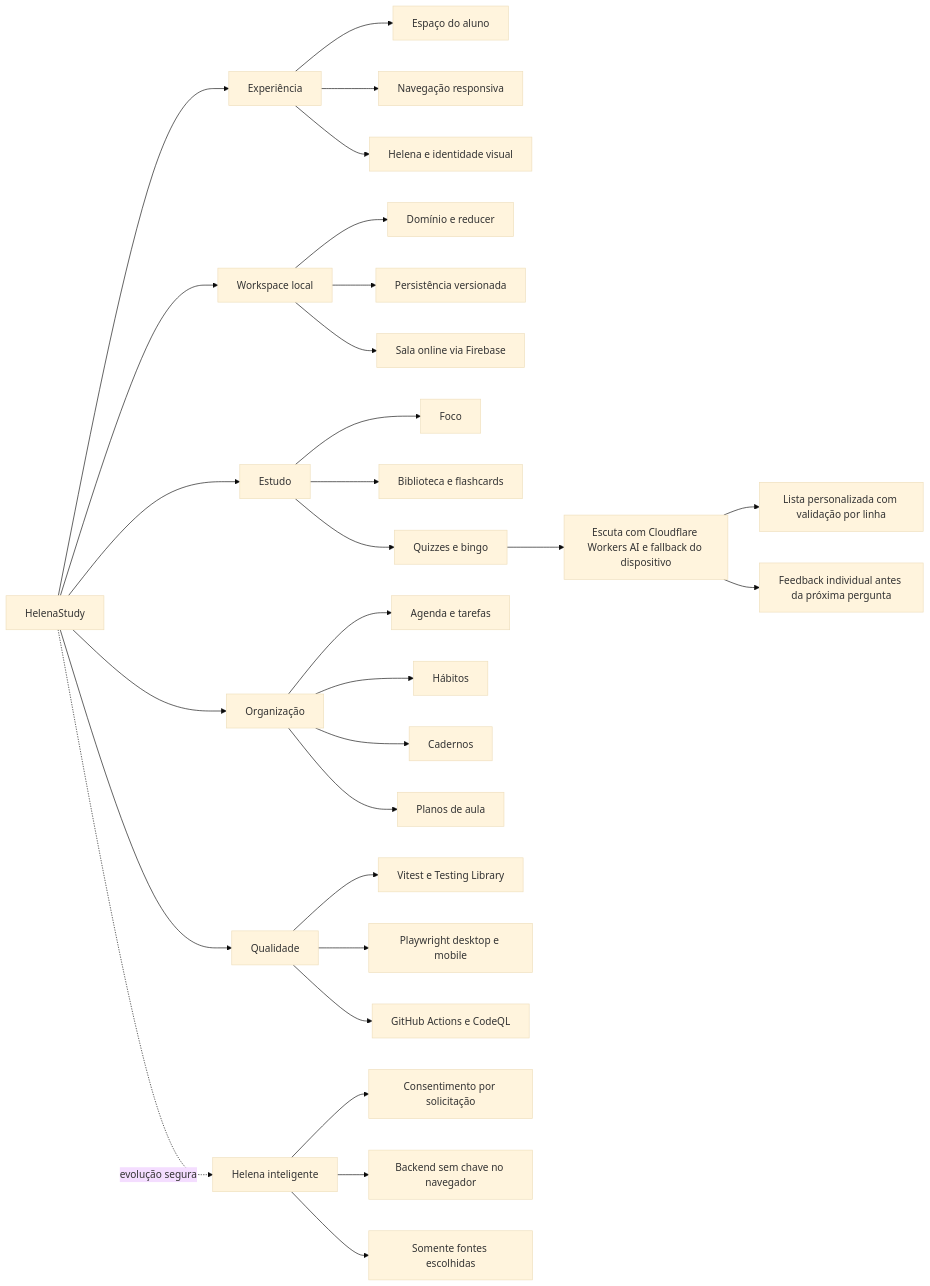
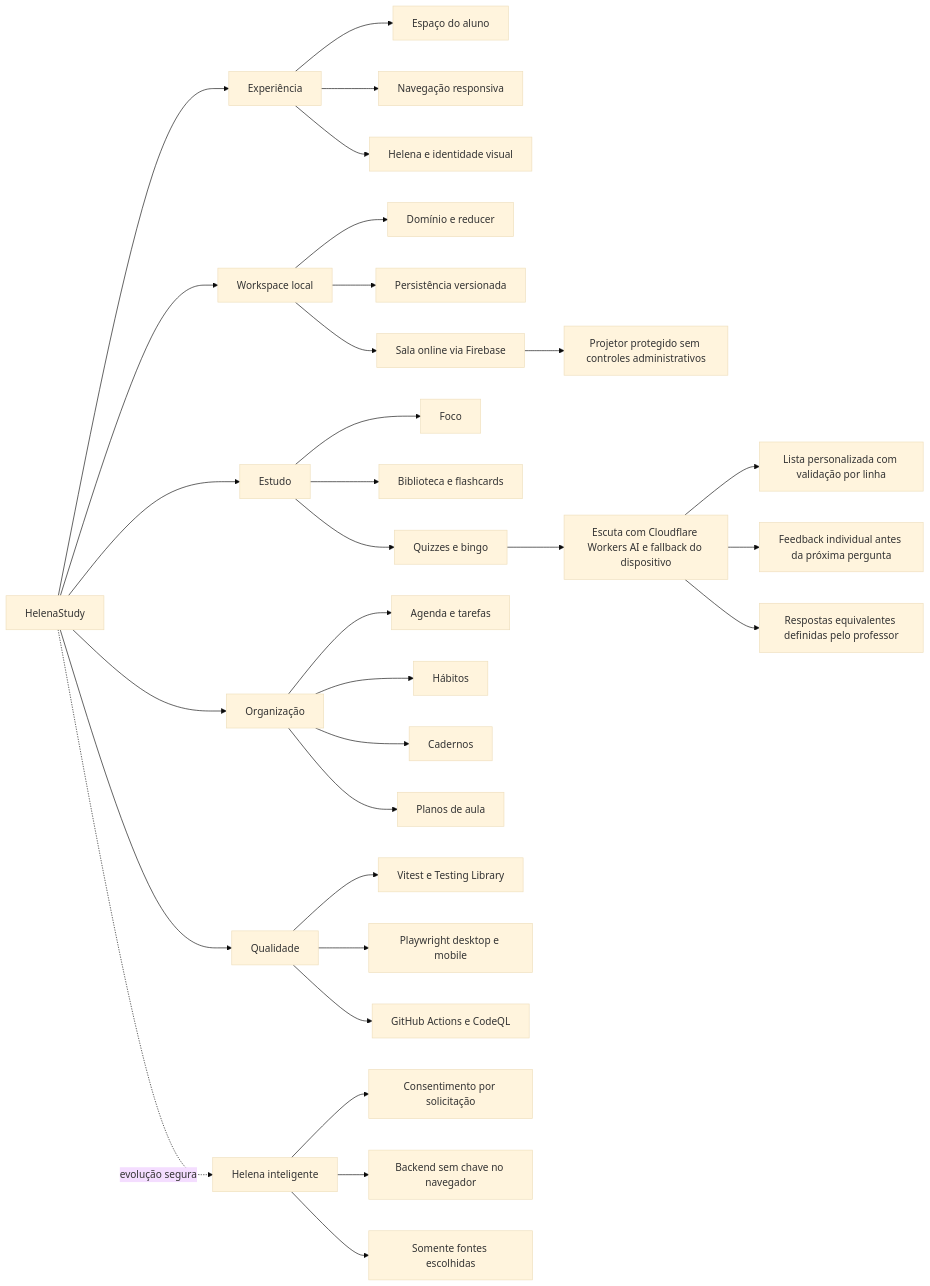
Before and after one commit to olive644/helenastudy: the diagram in docs/SECOND_BRAIN.md, drawn with Mermaid (base theme). The commit also changed other lines of this file and 28 other files, not shown here.

Commit message:
feat: polish room rounds and add projector mode

````diff
--- a/docs/SECOND_BRAIN.md
+++ b/docs/SECOND_BRAIN.md
@@ -77,37 +77,39 @@
 ```mermaid
 flowchart LR
   HS[HelenaStudy] --> UX[Experiência]
   HS --> DATA[Workspace local]
   HS --> STUDY[Estudo]
   HS --> ORG[Organização]
   HS --> QUALITY[Qualidade]
   HS -. evolução segura .-> INTEL[Helena inteligente]
 
   UX --> TODAY[Espaço do aluno]
   UX --> NAV[Navegação responsiva]
   UX --> BRAND[Helena e identidade visual]
 
   DATA --> DOMAIN[Domínio e reducer]
   DATA --> STORAGE[Persistência versionada]
   DATA --> ROOM[Sala online via Firebase]
 
   STUDY --> FOCUS[Foco]
   STUDY --> LIB[Biblioteca e flashcards]
   STUDY --> PRACTICE[Quizzes e bingo]
   PRACTICE --> LISTEN[Escuta com Cloudflare Workers AI e fallback do dispositivo]
   LISTEN --> CUSTOM[Lista personalizada com validação por linha]
   LISTEN --> FEEDBACK[Feedback individual antes da próxima pergunta]
+  ROOM --> PROJECTOR[Projetor protegido sem controles administrativos]
+  LISTEN --> ALIASES[Respostas equivalentes definidas pelo professor]
 
   ORG --> PLAN[Agenda e tarefas]
   ORG --> HABITS[Hábitos]
   ORG --> NOTES[Cadernos]
   ORG --> LESSON[Planos de aula]
 
   QUALITY --> UNIT[Vitest e Testing Library]
   QUALITY --> E2E[Playwright desktop e mobile]
   QUALITY --> CI[GitHub Actions e CodeQL]
 
   INTEL --> CONSENT[Consentimento por solicitação]
   INTEL --> BACKEND[Backend sem chave no navegador]
   INTEL --> SOURCES[Somente fontes escolhidas]
 ```
````
